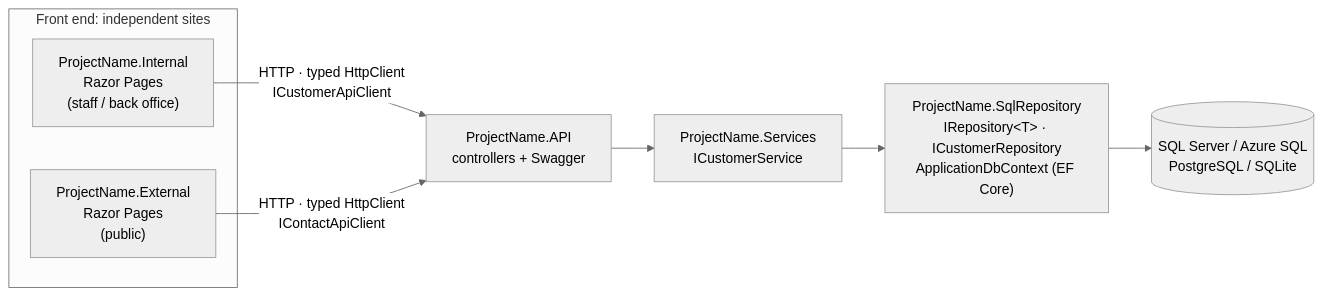
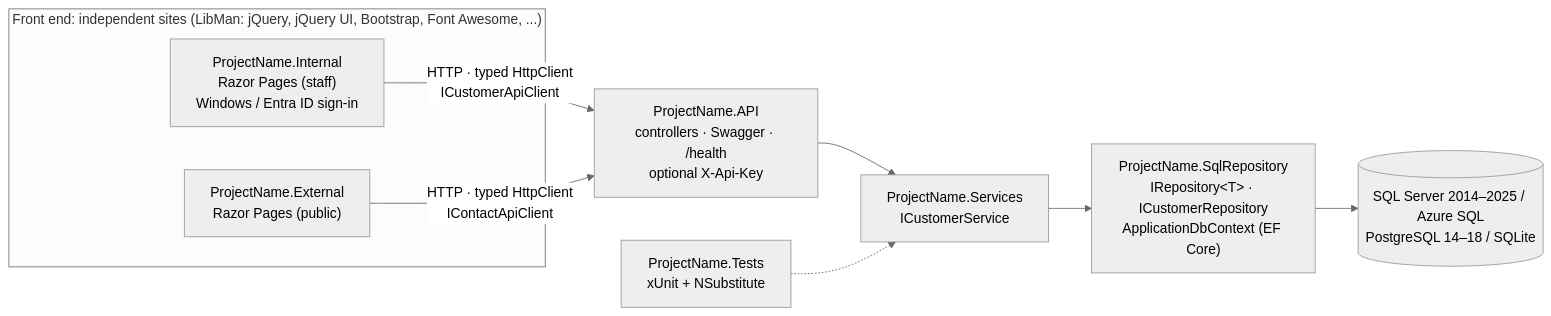
Before and after one commit to dotnetappdev/Template: the diagram in README.md, drawn with Mermaid (neutral theme). The commit also changed other lines of this file and 76 other files, not shown here.

````diff
--- a/README.md
+++ b/README.md
@@ -37,12 +69,13 @@
 ```mermaid
 flowchart LR
-    subgraph FE["Front end: independent sites"]
-        I["ProjectName.Internal<br/>Razor Pages<br/>(staff / back office)"]
-        E["ProjectName.External<br/>Razor Pages<br/>(public)"]
+    subgraph FE["Front end: independent sites (LibMan: jQuery, jQuery UI, Bootstrap, Font Awesome, ...)"]
+        I["ProjectName.Internal<br/>Razor Pages (staff)<br/>Windows / Entra ID sign-in"]
+        E["ProjectName.External<br/>Razor Pages (public)"]
     end
     I -- "HTTP · typed HttpClient<br/>ICustomerApiClient" --> A
     E -- "HTTP · typed HttpClient<br/>IContactApiClient" --> A
-    A["ProjectName.API<br/>controllers + Swagger"] --> S["ProjectName.Services<br/>ICustomerService"]
+    A["ProjectName.API<br/>controllers · Swagger · /health<br/>optional X-Api-Key"] --> S["ProjectName.Services<br/>ICustomerService"]
     S --> R["ProjectName.SqlRepository<br/>IRepository#lt;T#gt; · ICustomerRepository<br/>ApplicationDbContext (EF Core)"]
-    R --> D[(SQL Server / Azure SQL<br/>PostgreSQL / SQLite)]
+    R --> D[(SQL Server 2014–2025 / Azure SQL<br/>PostgreSQL 14–18 / SQLite)]
+    T["ProjectName.Tests<br/>xUnit + NSubstitute"] -.-> S
 ```
````
